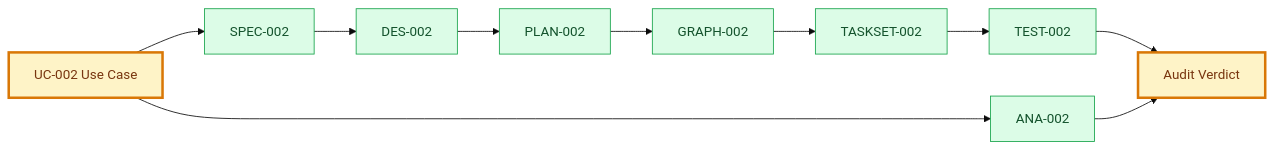
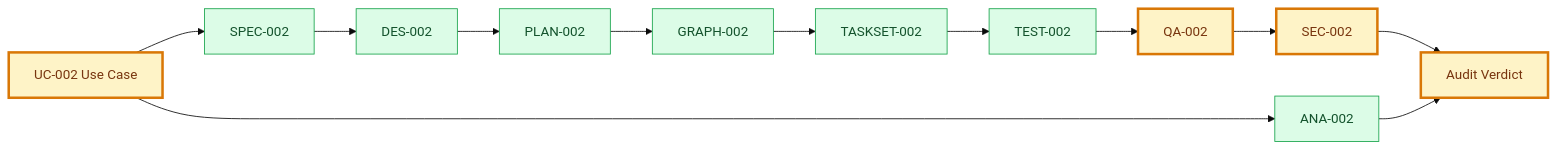
The first of 2 diagrams in domains/events/goals/participate-in-event/features/qr-code-check-in/use-cases/organizer-validates-qr-code/audit.md (JonatasFreireDev/spec-framework), drawn with Mermaid (base theme) before and after one commit. The commit also changed other lines of this file and 20 other files, not shown here.

````diff
--- a/domains/events/goals/participate-in-event/features/qr-code-check-in/use-cases/organizer-validates-qr-code/audit.md
+++ b/domains/events/goals/participate-in-event/features/qr-code-check-in/use-cases/organizer-validates-qr-code/audit.md
@@ -15,21 +15,23 @@
 ```mermaid
 flowchart LR
   %% artifact: UC-002 node: U %%
   U["UC-002 Use Case"] --> S["SPEC-002"]
   S --> D["DES-002"]
   D --> P["PLAN-002"]
   P --> G["GRAPH-002"]
   G --> T["TASKSET-002"]
   T --> Q["TEST-002"]
+  Q --> QE["QA-002"]
+  QE --> SR["SEC-002"]
   U --> A["ANA-002"]
-  Q --> V["Audit Verdict"]
+  SR --> V["Audit Verdict"]
   A --> V
 
   classDef done fill:#dcfce7,stroke:#16a34a,color:#14532d;
   classDef current fill:#fef3c7,stroke:#d97706,color:#78350f,stroke-width:3px;
   classDef pending fill:#f8fafc,stroke:#94a3b8,color:#334155;
   classDef blocked fill:#fee2e2,stroke:#dc2626,color:#7f1d1d;
 
   class S,D,P,G,T,Q,A done;
-  class U,V current;
+  class U,QE,SR,V current;
 ```
````
